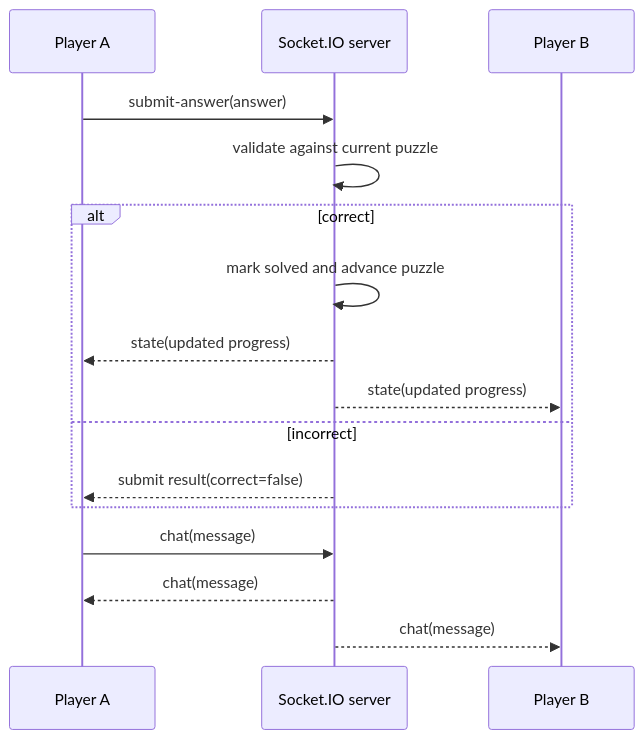
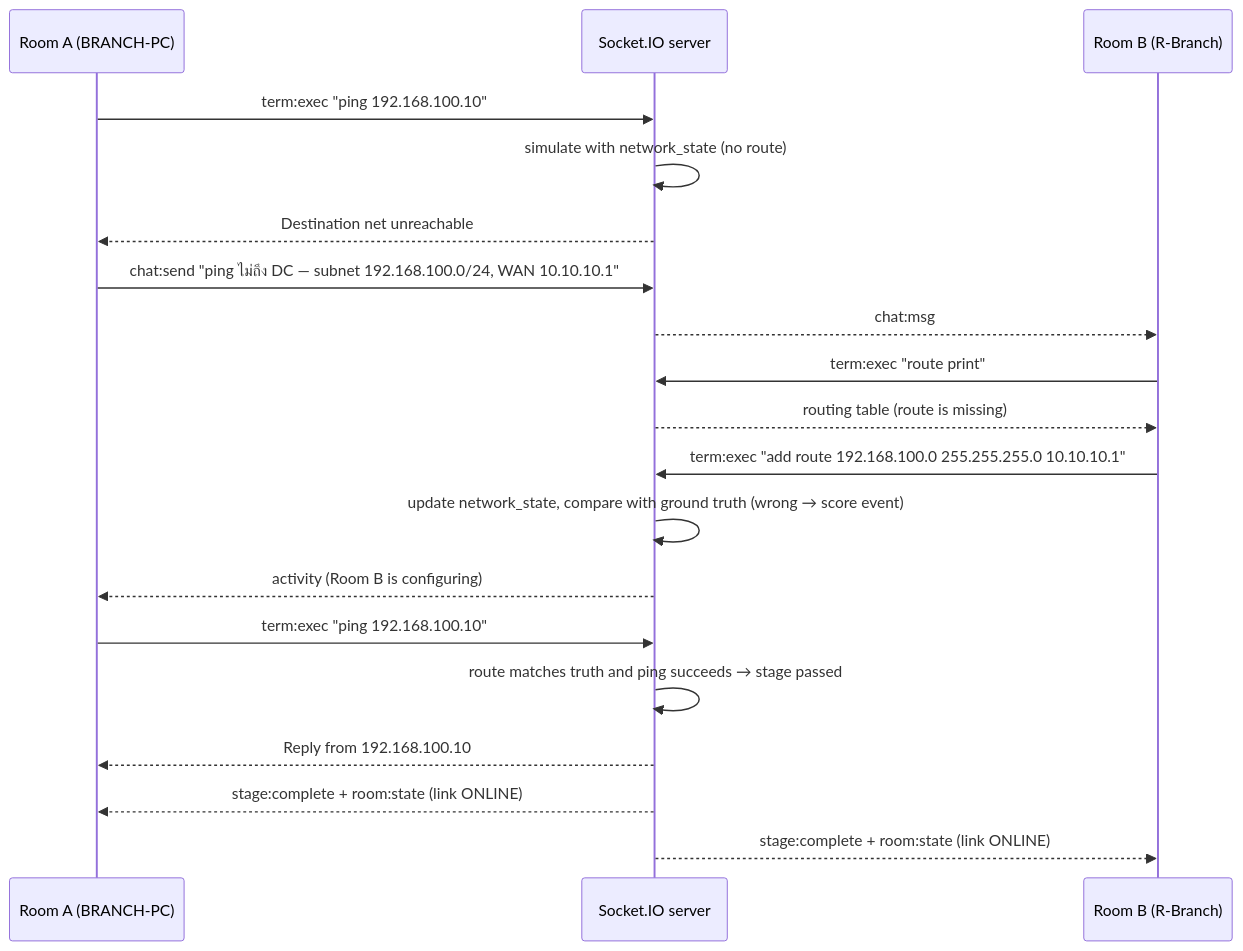
One commit to PEPOYKUB/Game_Network changed the diagram in docs/sequence-diagram.md. Above: the diagram before and after it, drawn with Mermaid. The commit also changed other lines of this file and 71 other files, not shown here.

First line of the commit message:
Build KUHU NET: full 12-stage Two Rooms, One Network game

````diff
--- a/docs/sequence-diagram.md
+++ b/docs/sequence-diagram.md
@@ -3,18 +5,21 @@
 ```mermaid
 sequenceDiagram
-  participant A as Player A
+  participant A as Room A (BRANCH-PC)
   participant S as Socket.IO server
-  participant B as Player B
-  A->>S: submit-answer(answer)
-  S->>S: validate against current puzzle
-  alt correct
-    S->>S: mark solved and advance puzzle
-    S-->>A: state(updated progress)
-    S-->>B: state(updated progress)
-  else incorrect
-    S-->>A: submit result(correct=false)
-  end
-  A->>S: chat(message)
-  S-->>A: chat(message)
-  S-->>B: chat(message)
+  participant B as Room B (R-Branch)
+  A->>S: term:exec "ping 192.168.100.10"
+  S->>S: simulate with network_state (no route)
+  S-->>A: Destination net unreachable
+  A->>S: chat:send "ping ไม่ถึง DC — subnet 192.168.100.0/24, WAN 10.10.10.1"
+  S-->>B: chat:msg
+  B->>S: term:exec "route print"
+  S-->>B: routing table (route is missing)
+  B->>S: term:exec "add route 192.168.100.0 255.255.255.0 10.10.10.1"
+  S->>S: update network_state, compare with ground truth (wrong → score event)
+  S-->>A: activity (Room B is configuring)
+  A->>S: term:exec "ping 192.168.100.10"
+  S->>S: route matches truth and ping succeeds → stage passed
+  S-->>A: Reply from 192.168.100.10
+  S-->>A: stage:complete + room:state (link ONLINE)
+  S-->>B: stage:complete + room:state (link ONLINE)
 ```
````
